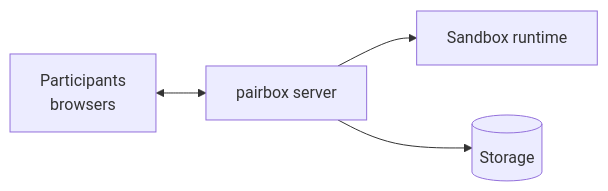
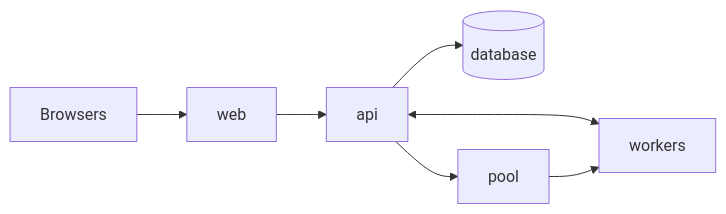
One commit to zikous/pairbox changed the first of 4 diagrams in DESIGN.md. Above: the diagram before and after it, drawn with Mermaid. The commit also changed other lines of this file, not shown here.

Commit message:
Redesign around services: web, api, pool, workers and Postgres

````diff
--- a/DESIGN.md
+++ b/DESIGN.md
@@ -30,6 +33,9 @@
 ```mermaid
 flowchart LR
-    U[Participants<br/>browsers] <--> S[pairbox server]
-    S --> X[Sandbox runtime]
-    S --> P[(Storage)]
+    B[Browsers] --> WEB[web]
+    WEB --> API[api]
+    API --> DB[(database)]
+    API --> POOL[pool]
+    API <--> W[workers]
+    POOL --> W
 ```
````
